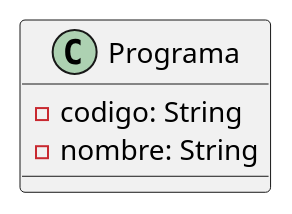
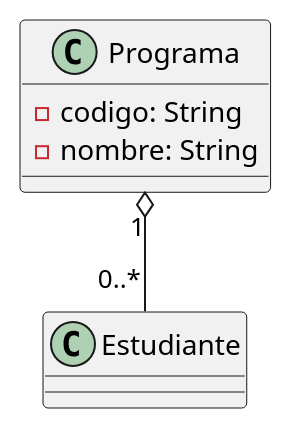
One commit to PaoloTrujillo-7502610016/POO-U4-protocolo-colaborativo-7502610016-7502610019 changed the diagram in src/ejemplo_completo_2/codigo_UML/Programa.puml. Above: the diagram before and after it, drawn with PlantUML. The commit also changed 4 other files, not shown here.

Commit message:
Insercion diagrama general

```diff
--- a/src/ejemplo_completo_2/codigo_UML/Programa.puml
+++ b/src/ejemplo_completo_2/codigo_UML/Programa.puml
@@ -1,7 +1,10 @@
 @startuml
     class Programa{
         -codigo: String
         -nombre: String
         
     }
+
+    Programa "1" o-- "0..*" Estudiante
+
 @enduml
```
